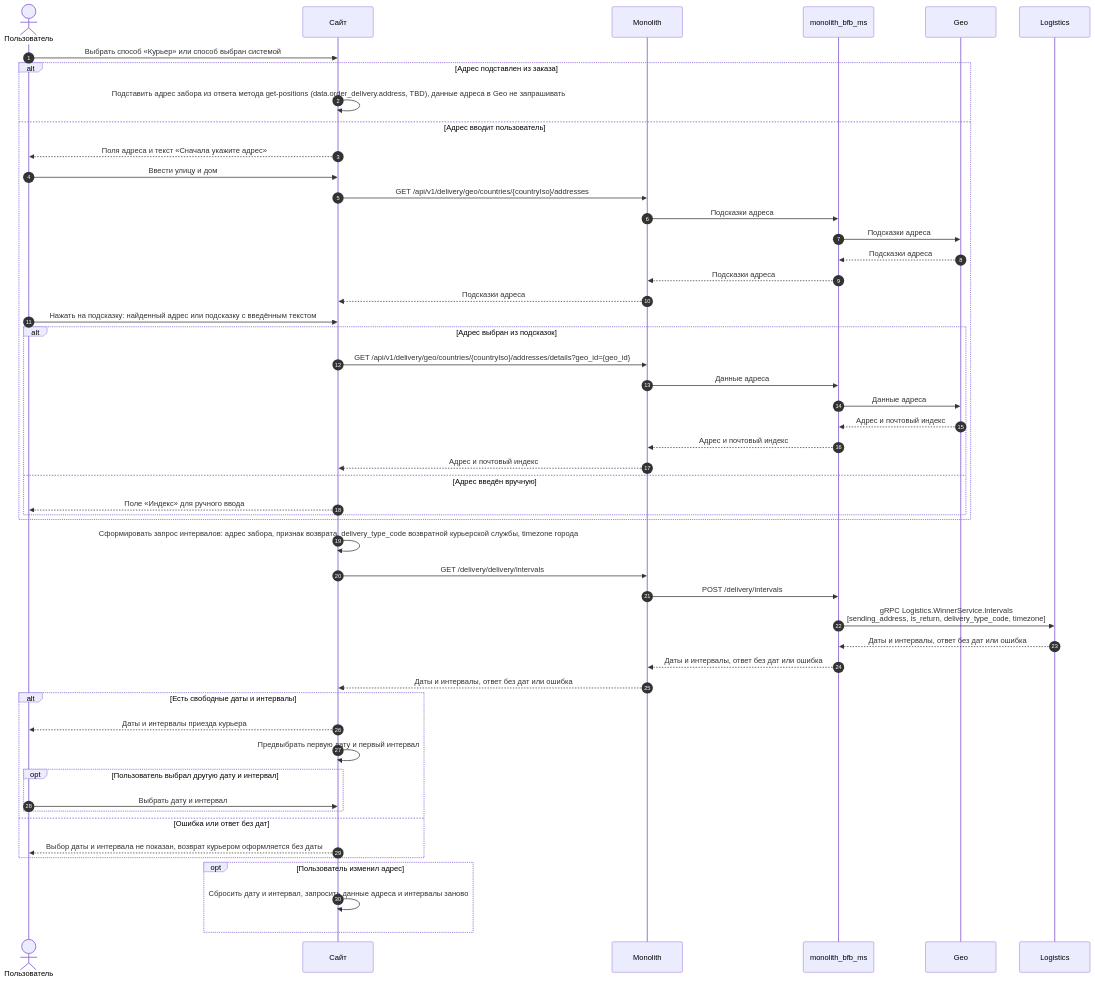
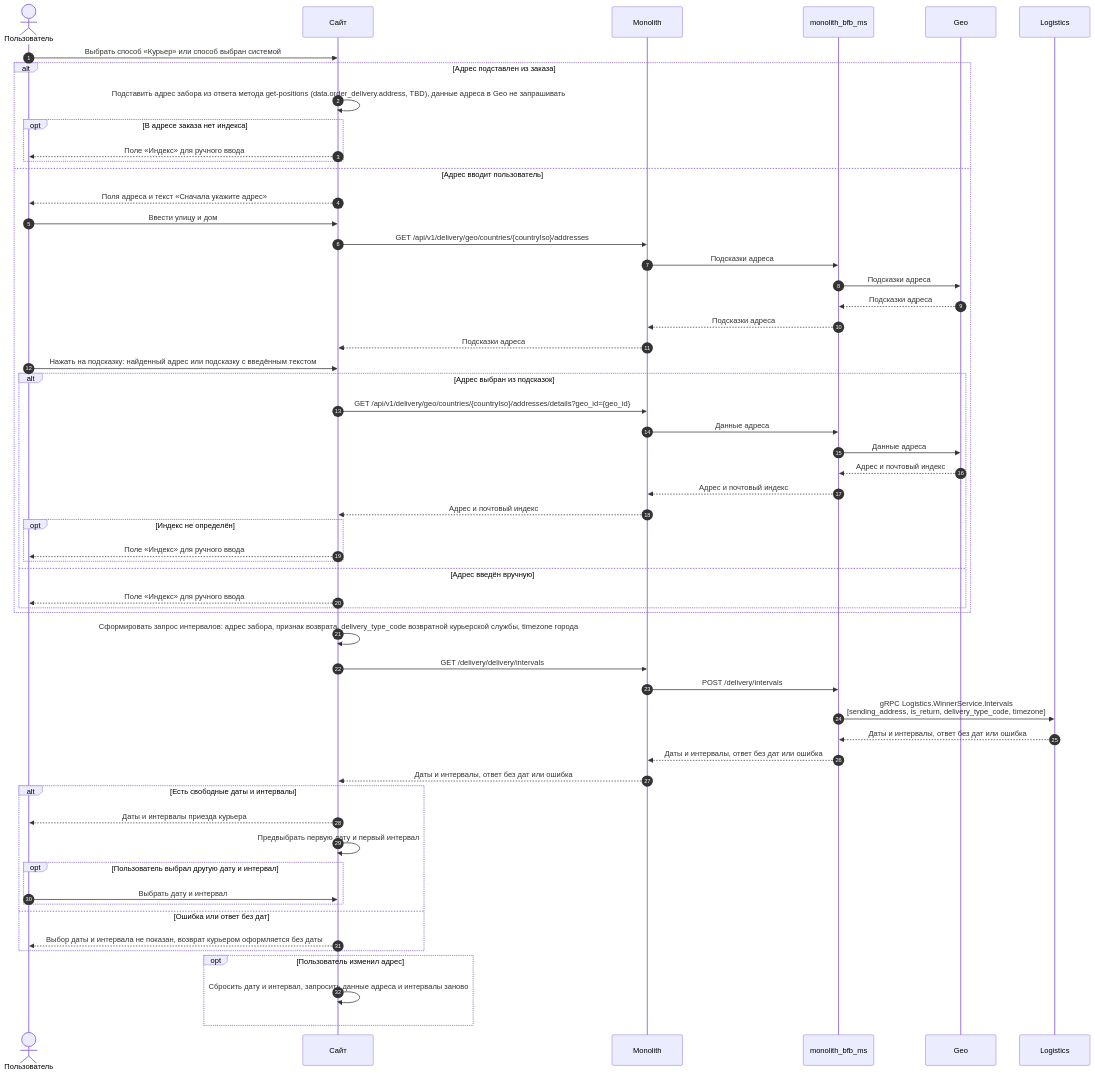
Before and after one commit to Terinss155/opencode-agents-analysis: the ninth of 24 diagrams in projects/returns-2.0/requirements/srs/srs-web-mvp.md, drawn with Mermaid. The commit also changed other lines of this file and 18 other files, not shown here.

````diff
--- a/projects/returns-2.0/requirements/srs/srs-web-mvp.md
+++ b/projects/returns-2.0/requirements/srs/srs-web-mvp.md
@@ -609,55 +644,61 @@
 ```mermaid
 sequenceDiagram
     autonumber
     actor U as Пользователь
     participant WEB as Сайт
     participant MON as Monolith
     participant BFB as monolith_bfb_ms
     participant GEO as Geo
     participant LOG as Logistics
 
     U->>WEB: Выбрать способ «Курьер» или способ выбран системой
     alt Адрес подставлен из заказа
         WEB->>WEB: Подставить адрес забора из ответа метода get-positions (data.order_delivery.address, TBD), данные адреса в Geo не запрашивать
+        opt В адресе заказа нет индекса
+            WEB-->>U: Поле «Индекс» для ручного ввода
+        end
     else Адрес вводит пользователь
         WEB-->>U: Поля адреса и текст «Сначала укажите адрес»
         U->>WEB: Ввести улицу и дом
         WEB->>MON: GET /api/v1/delivery/geo/countries/{countryIso}/addresses
         MON->>BFB: Подсказки адреса
         BFB->>GEO: Подсказки адреса
         GEO-->>BFB: Подсказки адреса
         BFB-->>MON: Подсказки адреса
         MON-->>WEB: Подсказки адреса
         U->>WEB: Нажать на подсказку: найденный адрес или подсказку с введённым текстом
         alt Адрес выбран из подсказок
             WEB->>MON: GET /api/v1/delivery/geo/countries/{countryIso}/addresses/details?geo_id={geo_id}
             MON->>BFB: Данные адреса
             BFB->>GEO: Данные адреса
             GEO-->>BFB: Адрес и почтовый индекс
             BFB-->>MON: Адрес и почтовый индекс
             MON-->>WEB: Адрес и почтовый индекс
+            opt Индекс не определён
+                WEB-->>U: Поле «Индекс» для ручного ввода
+            end
         else Адрес введён вручную
             WEB-->>U: Поле «Индекс» для ручного ввода
         end
     end
     WEB->>WEB: Сформировать запрос интервалов: адрес забора, признак возврата, delivery_type_code возвратной курьерской службы, timezone города
     WEB->>MON: GET /delivery/delivery/intervals
     MON->>BFB: POST /delivery/intervals
     BFB->>LOG: gRPC Logistics.WinnerService.Intervals<br>[sending_address, is_return, delivery_type_code, timezone]
     LOG-->>BFB: Даты и интервалы, ответ без дат или ошибка
     BFB-->>MON: Даты и интервалы, ответ без дат или ошибка
     MON-->>WEB: Даты и интервалы, ответ без дат или ошибка
     alt Есть свободные даты и интервалы
         WEB-->>U: Даты и интервалы приезда курьера
         WEB->>WEB: Предвыбрать первую дату и первый интервал
         opt Пользователь выбрал другую дату и интервал
             U->>WEB: Выбрать дату и интервал
         end
     else Ошибка или ответ без дат
         WEB-->>U: Выбор даты и интервала не показан, возврат курьером оформляется без даты
     end
 
     opt Пользователь изменил адрес
         WEB->>WEB: Сбросить дату и интервал, запросить данные адреса и интервалы заново
     end
 ```
````
